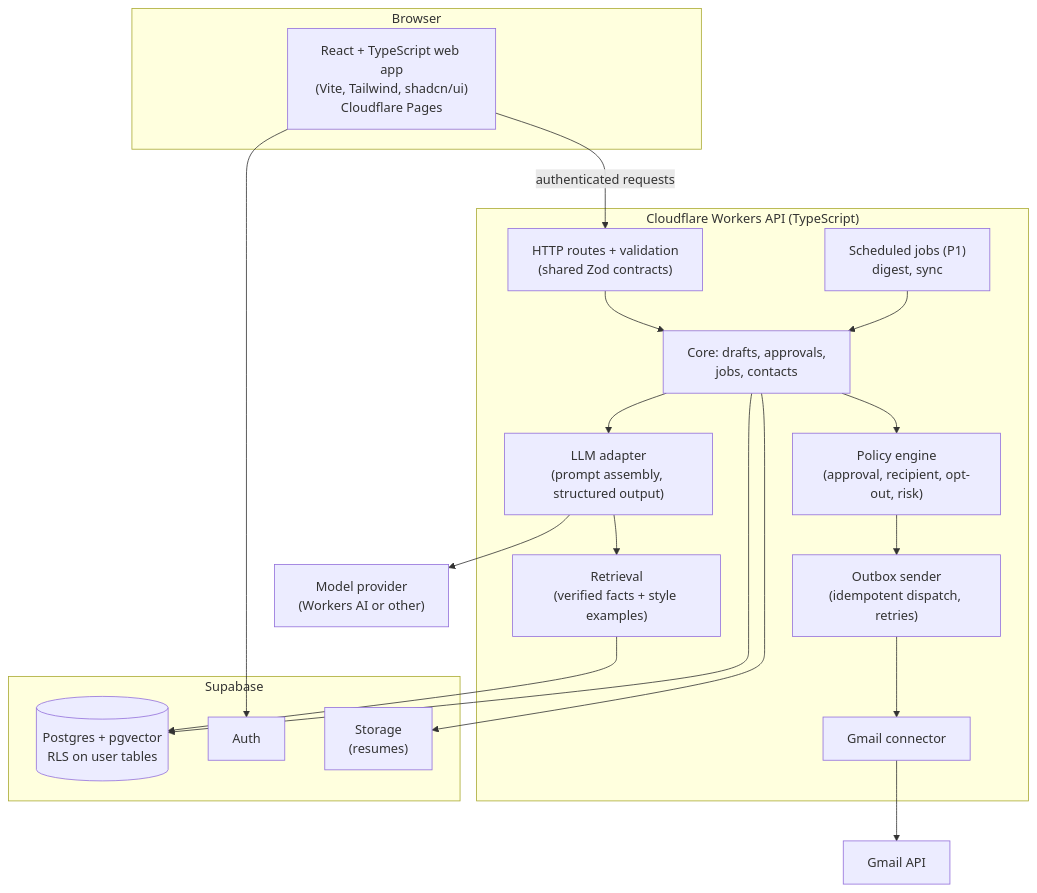
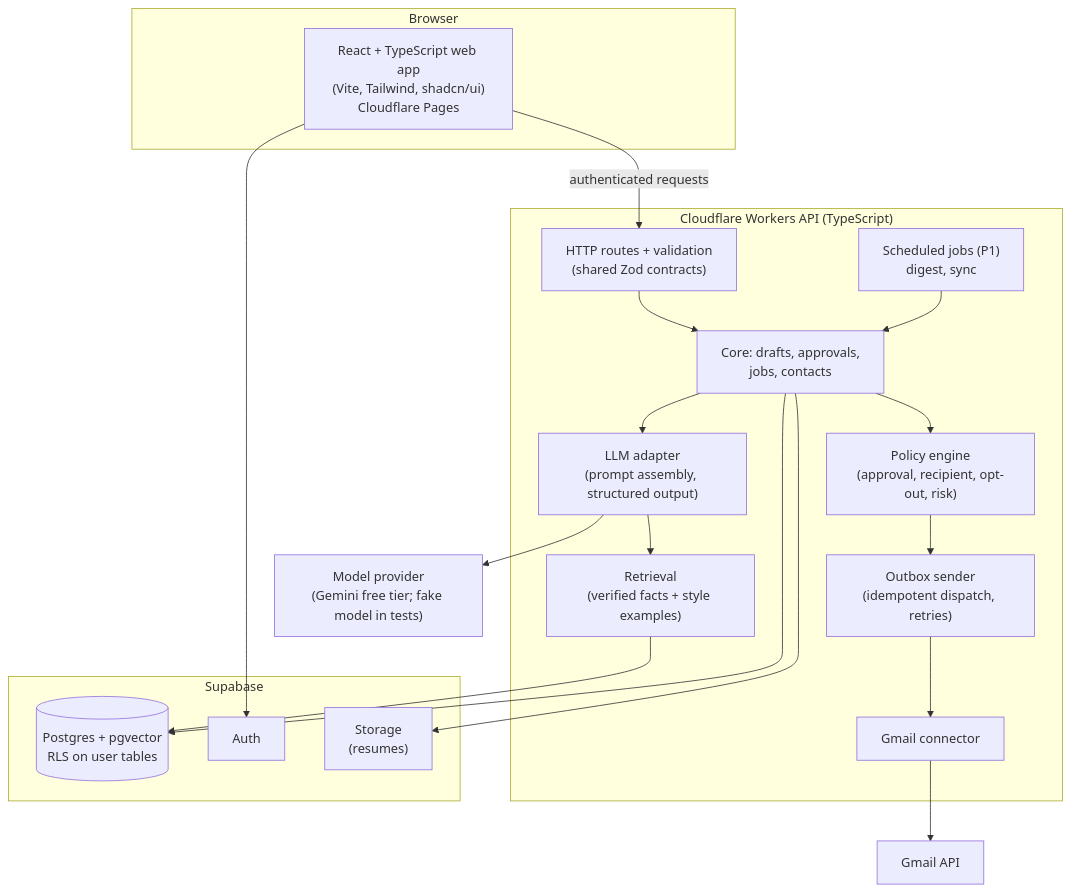
Before and after one commit to Pranjal0211/echo: the first of 4 diagrams in docs/ARCHITECTURE.md, drawn with Mermaid. The commit also changed other lines of this file, not shown here.

Commit message:
docs: show Gemini as the model provider in the architecture

````diff
--- a/docs/ARCHITECTURE.md
+++ b/docs/ARCHITECTURE.md
@@ -7,41 +7,41 @@
 ```mermaid
 flowchart TB
     subgraph Browser
         UI["React + TypeScript web app<br/>(Vite, Tailwind, shadcn/ui)<br/>Cloudflare Pages"]
     end
 
     subgraph Cloudflare["Cloudflare Workers API (TypeScript)"]
         API["HTTP routes + validation<br/>(shared Zod contracts)"]
         CORE["Core: drafts, approvals,<br/>jobs, contacts"]
         POLICY["Policy engine<br/>(approval, recipient, opt-out, risk)"]
         AI["LLM adapter<br/>(prompt assembly, structured output)"]
         RET["Retrieval<br/>(verified facts + style examples)"]
         OUTBOX["Outbox sender<br/>(idempotent dispatch, retries)"]
         GMAIL["Gmail connector"]
         CRON["Scheduled jobs (P1)<br/>digest, sync"]
     end
 
     subgraph Supabase
         DB[("Postgres + pgvector<br/>RLS on user tables")]
         AUTH["Auth"]
         STORE["Storage<br/>(resumes)"]
     end
 
-    MODEL["Model provider<br/>(Workers AI or other)"]
+    MODEL["Model provider<br/>(Gemini free tier; fake model in tests)"]
     GAPI["Gmail API"]
 
     UI -->|authenticated requests| API
     UI --> AUTH
     API --> CORE
     CORE --> POLICY
     CORE --> AI
     AI --> RET
     RET --> DB
     AI --> MODEL
     CORE --> DB
     POLICY --> OUTBOX
     OUTBOX --> GMAIL
     GMAIL --> GAPI
     CORE --> STORE
     CRON --> CORE
 ```
````
